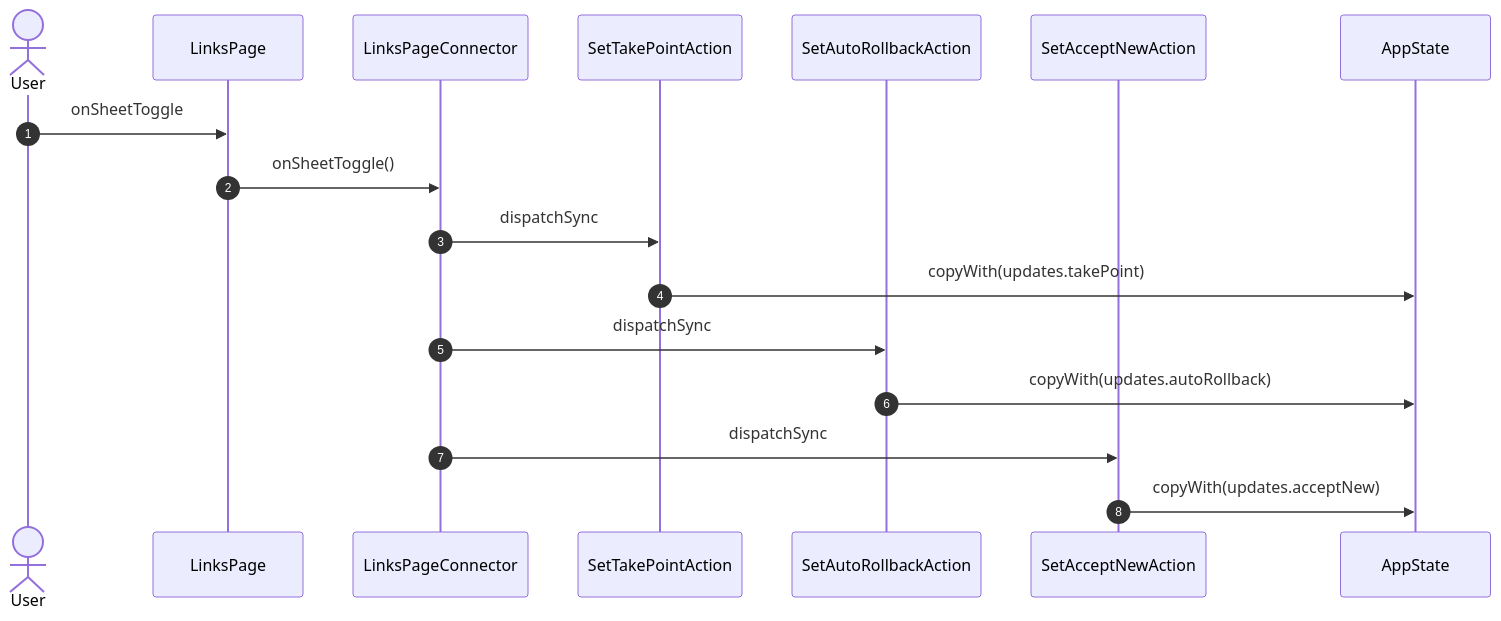
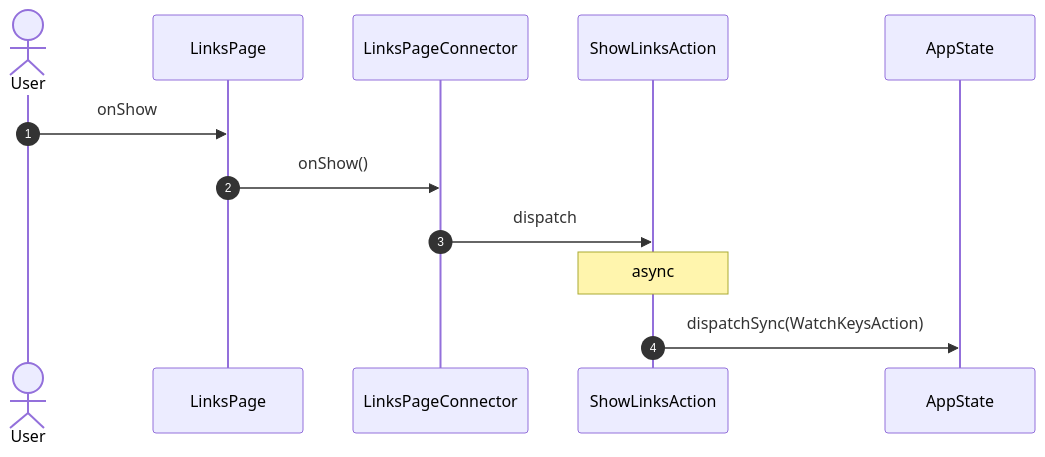
One commit to gencto/wyrm changed the second of 21 diagrams in studio/docs/flows/links.md. Above: the diagram before and after it, drawn with Mermaid. The commit also changed other lines of this file and 65 other files, not shown here.

````diff
--- a/studio/docs/flows/links.md
+++ b/studio/docs/flows/links.md
@@ -30,20 +28,15 @@
 ```mermaid
 sequenceDiagram
     autonumber
     actor User
     participant UI as LinksPage
     participant VM as LinksPageConnector
-    participant A1 as SetTakePointAction
-    participant A2 as SetAutoRollbackAction
-    participant A3 as SetAcceptNewAction
+    participant A1 as ShowLinksAction
     participant ST as AppState
 
-    User->>UI: onSheetToggle
-    UI->>VM: onSheetToggle()
-    VM->>A1: dispatchSync
-    A1->>ST: copyWith(updates.takePoint)
-    VM->>A2: dispatchSync
-    A2->>ST: copyWith(updates.autoRollback)
-    VM->>A3: dispatchSync
-    A3->>ST: copyWith(updates.acceptNew)
+    User->>UI: onShow
+    UI->>VM: onShow()
+    VM->>A1: dispatch
+    Note over A1: async
+    A1->>ST: dispatchSync(WatchKeysAction)
 ```
````
